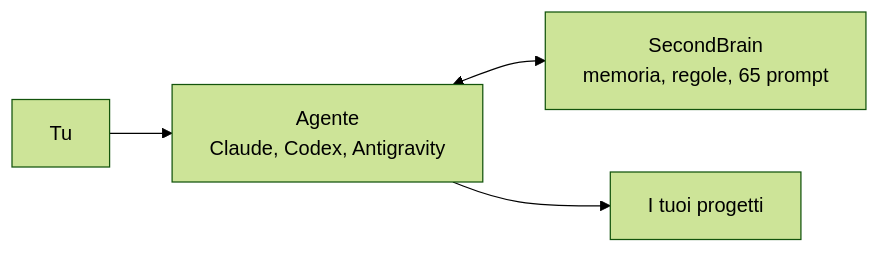
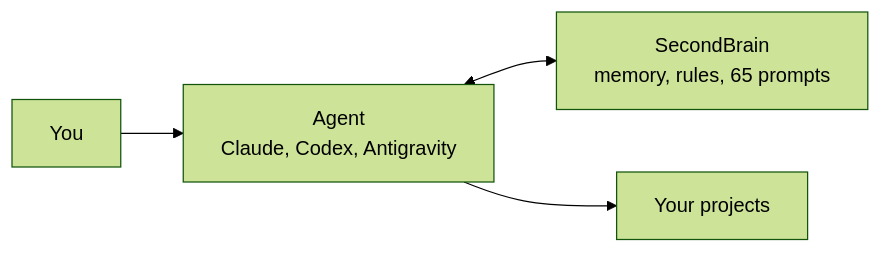
One commit to dennidalpos/secondbrain changed the first of 2 diagrams in README.md. Above: the diagram before and after it, drawn with Mermaid (forest theme). The commit also changed other lines of this file and 20 other files, not shown here.

````diff
--- a/README.md
+++ b/README.md
@@ -9,6 +11,6 @@
 ```mermaid
 flowchart LR
-    T["Tu"] --> A["Agente<br/>Claude, Codex, Antigravity"]
-    A <--> S["SecondBrain<br/>memoria, regole, 65 prompt"]
-    A --> P["I tuoi progetti"]
+    T["You"] --> A["Agent<br/>Claude, Codex, Antigravity"]
+    A <--> S["SecondBrain<br/>memory, rules, 65 prompts"]
+    A --> P["Your projects"]
 ```
````
